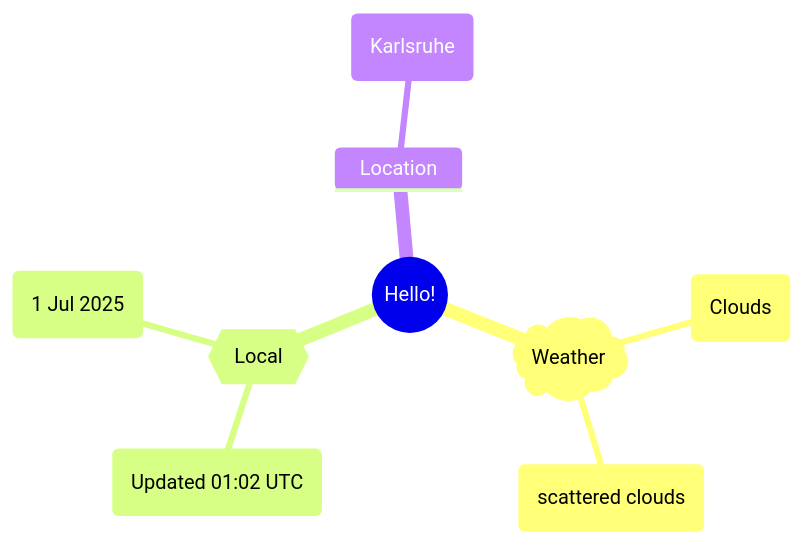
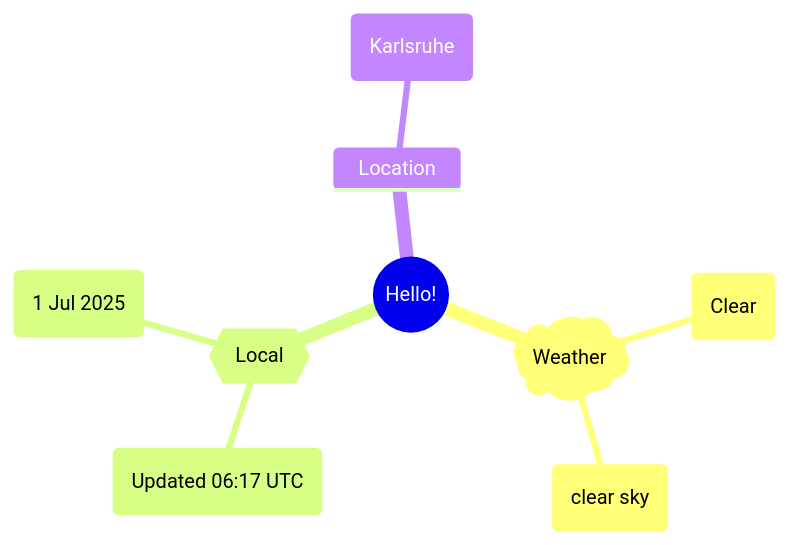
Before and after one commit to Xosrov/Xosrov: the first of 2 diagrams in README.md, drawn with Mermaid.

Commit message:
[bot] updated images

````diff
--- a/README.md
+++ b/README.md
@@ -3,12 +3,12 @@
 ```mermaid
 mindmap
   root((Hello!))
     )Weather(
-        (Clouds)
-        (scattered clouds)
+        (Clear)
+        (clear sky)
     {{Local}}
-        (Updated 01:02 UTC)
+        (Updated 06:17 UTC)
         (1 Jul 2025)
     Location
         (Karlsruhe)
 ```
````
